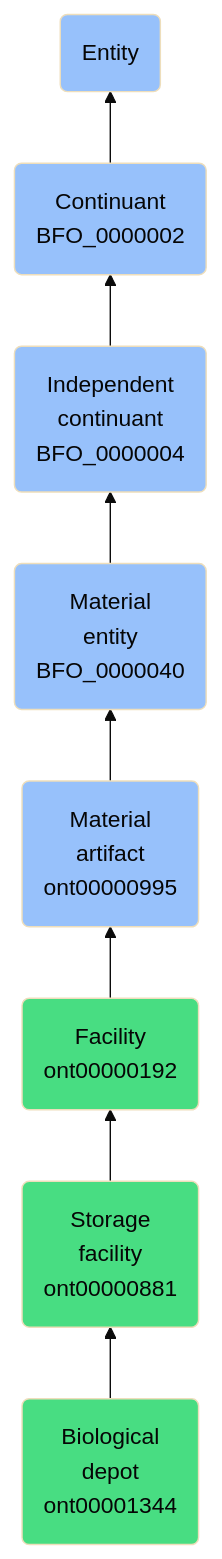
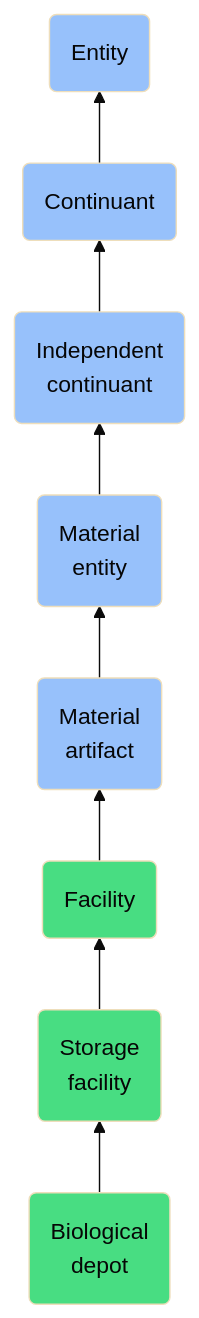
One commit to jupyter-naas/abi changed the diagram in docs/ontology/reference/model/Entity/Continuant/Independent continuant/Material entity/Material artifact/Facility/Storage facility/Biological depot/Biological depot.md. Above: the diagram before and after it, drawn with Mermaid (base theme). The commit also changed other lines of this file and 1430 other files, not shown here.

````diff
--- a/docs/ontology/reference/model/Entity/Continuant/Independent continuant/Material entity/Material artifact/Facility/Storage facility/Biological depot/Biological depot.md
+++ b/docs/ontology/reference/model/Entity/Continuant/Independent continuant/Material entity/Material artifact/Facility/Storage facility/Biological depot/Biological depot.md
@@ -24,15 +24,15 @@
 ```mermaid
 graph BT
-    ont00001344(Biological<br>depot<br>ont00001344):::ABI-->ont00000881
-    ont00000881(Storage<br>facility<br>ont00000881):::ABI-->ont00000192
-    ont00000192(Facility<br>ont00000192):::ABI-->ont00000995
-    ont00000995(Material<br>artifact<br>ont00000995):::BFO-->BFO_0000040
-    BFO_0000040(Material<br>entity<br>BFO_0000040):::BFO-->BFO_0000004
-    BFO_0000004(Independent<br>continuant<br>BFO_0000004):::BFO-->BFO_0000002
-    BFO_0000002(Continuant<br>BFO_0000002):::BFO-->BFO_0000001
+    ont00001344(Biological<br>depot):::ABI-->ont00000881
+    ont00000881(Storage<br>facility):::ABI-->ont00000192
+    ont00000192(Facility):::ABI-->ont00000995
+    ont00000995(Material<br>artifact):::BFO-->BFO_0000040
+    BFO_0000040(Material<br>entity):::BFO-->BFO_0000004
+    BFO_0000004(Independent<br>continuant):::BFO-->BFO_0000002
+    BFO_0000002(Continuant):::BFO-->BFO_0000001
     BFO_0000001(Entity):::BFO
     
     classDef BFO fill:#97c1fb,color:#060606
     classDef CCO fill:#e4c51e,color:#060606
     classDef ABI fill:#48DD82,color:#060606
 ```
````
